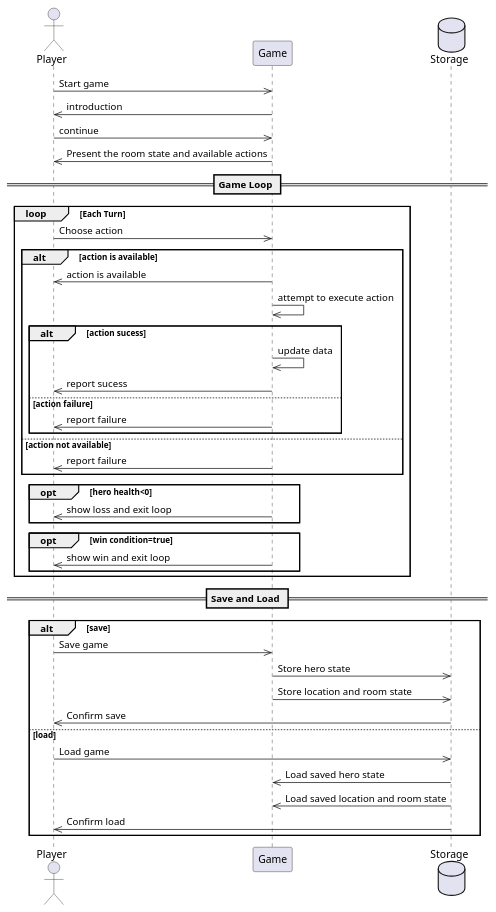
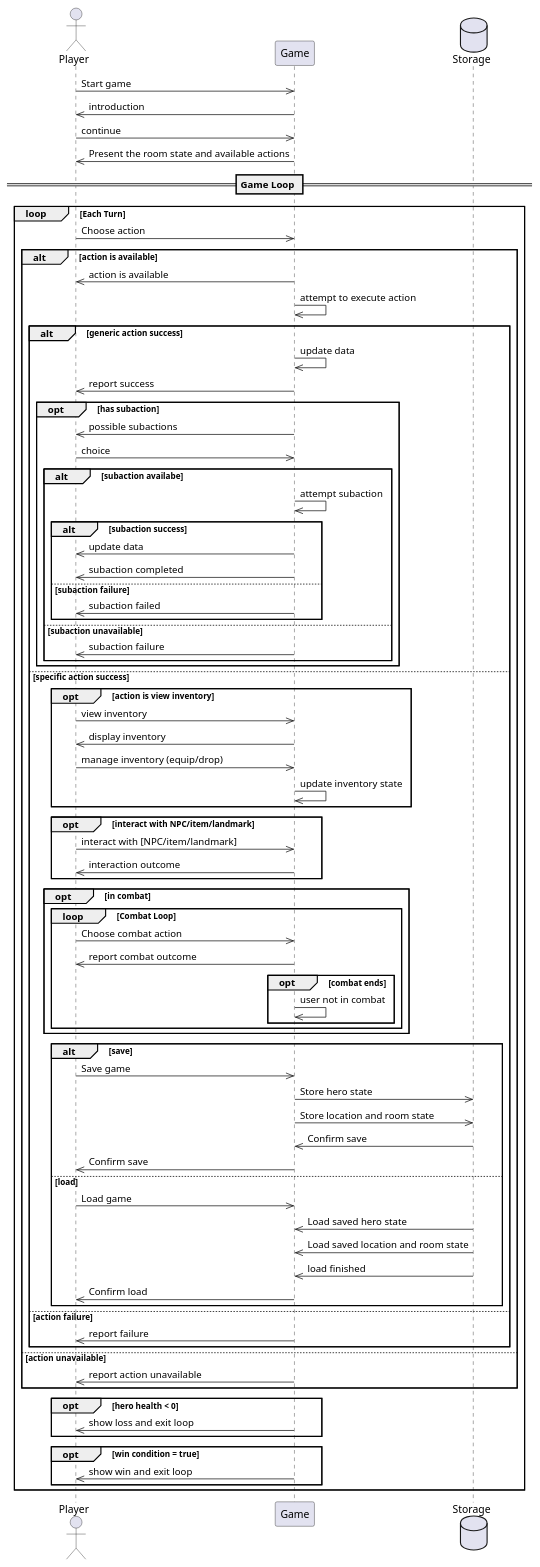
The diagram in plantuml/system-sequence-diagram.plantuml (MarvinTheMoodLifter/escape-from-Dahshur), drawn with PlantUML before and after one commit.

Commit message:
10/6/2024

```diff
--- a/plantuml/system-sequence-diagram.plantuml
+++ b/plantuml/system-sequence-diagram.plantuml
@@ -1,45 +1,86 @@
 @startuml System Sequence Diagram
 actor User as "Player"
 participant Game as "Game"
 database Storage as "Storage"
 
 User->>Game: Start game
 Game->>User: introduction
 User->>Game: continue
 Game->>User: Present the room state and available actions
 
 == Game Loop ==
 loop Each Turn
     User->>Game: Choose action
     alt action is available
-    Game->>User: action is available
-    Game->>Game: attempt to execute action
-    alt action sucess
-    Game->>Game: update data
-    Game->>User: report sucess
+        Game->>User: action is available
+        Game->>Game: attempt to execute action
+        alt generic action success
+            Game->>Game: update data
+            Game->>User: report success
+            opt has subaction
+            Game->>User: possible subactions
+            User->>Game: choice
+             alt subaction availabe
+             Game->>Game: attempt subaction
+              alt subaction success
+              Game->>User: update data
+              Game->>User: subaction completed
+              else subaction failure
+              Game->>User: subaction failed
+              end 
+              else subaction unavailable
+              Game->>User: subaction failure
+              end
+              end
+    else specific action success
+                opt action is view inventory
+        User->>Game: view inventory
+        Game->>User: display inventory
+        User->>Game: manage inventory (equip/drop)
+        Game->>Game: update inventory state
+    end
+        opt interact with NPC/item/landmark
+        User->>Game: interact with [NPC/item/landmark]
+        Game->>User: interaction outcome
+    end
+    opt in combat
+        loop Combat Loop
+            User->>Game: Choose combat action
+            Game->>User: report combat outcome
+            opt combat ends
+                Game->>Game: user not in combat
+            end
+        end
+    end
+    
+
+       alt save
+    User->>Game: Save game
+    Game->>Storage: Store hero state
+    Game->>Storage: Store location and room state
+    Storage->>Game: Confirm save
+    Game->>User: Confirm save
+else load
+    User->>Game: Load game
+    Storage->>Game: Load saved hero state
+    Storage->>Game: Load saved location and room state
+    Storage->>Game: load finished
+    Game->>User: Confirm load
+end
     else action failure
-    Game->>User: report failure
+        Game->>User: report failure
     end
-    else action not available
-    Game->>User: report failure
-end
-   opt hero health<0
-   Game->>User: show loss and exit loop
-   end
-   opt win condition=true
-   Game->>User: show win and exit loop
-   end
-end
-== Save and Load ==
-alt save
-User->>Game: Save game
-Game->>Storage: Store hero state
-Game->>Storage: Store location and room state
-Storage->>User: Confirm save
-else load
-User->>Storage: Load game
-Storage->>Game: Load saved hero state
-Storage->>Game: Load saved location and room state
-Storage->>User: Confirm load
-end
+    else action unavailable
+    Game->>User: report action unavailable
+    end
+    opt hero health < 0
+        Game->>User: show loss and exit loop
+    end
+    opt win condition = true
+        Game->>User: show win and exit loop
+    end
+    
+    end
+
+
 @enduml
```
